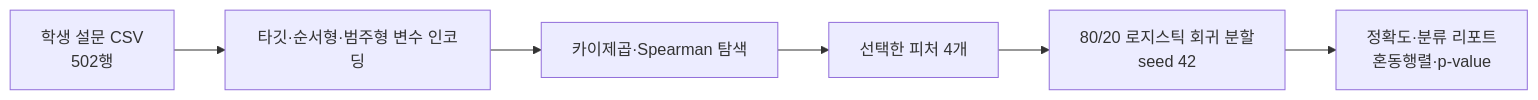
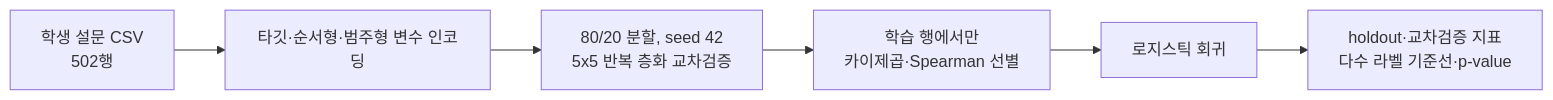
One commit to junhyung-L/student-depression-risk-analysis changed the diagram in README.ko.md. Above: the diagram before and after it, drawn with Mermaid. The commit also changed other lines of this file and 10 other files, not shown here.

````diff
--- a/README.ko.md
+++ b/README.ko.md
@@ -20,8 +20,8 @@
 ```mermaid
 flowchart LR
-    A[학생 설문 CSV\n502행] --> B[타깃·순서형·범주형 변수 인코딩]
-    B --> C[카이제곱·Spearman 탐색]
-    C --> D[선택한 피처 4개]
-    D --> E[80/20 로지스틱 회귀 분할\nseed 42]
-    E --> F[정확도·분류 리포트\n혼동행렬·p-value]
+    A[학생 설문 CSV<br/>502행] --> B[타깃·순서형·범주형 변수 인코딩]
+    B --> C[80/20 분할, seed 42<br/>5x5 반복 층화 교차검증]
+    C --> D[학습 행에서만<br/>카이제곱·Spearman 선별]
+    D --> E[로지스틱 회귀]
+    E --> F[holdout·교차검증 지표<br/>다수 라벨 기준선·p-value]
 ```
````
